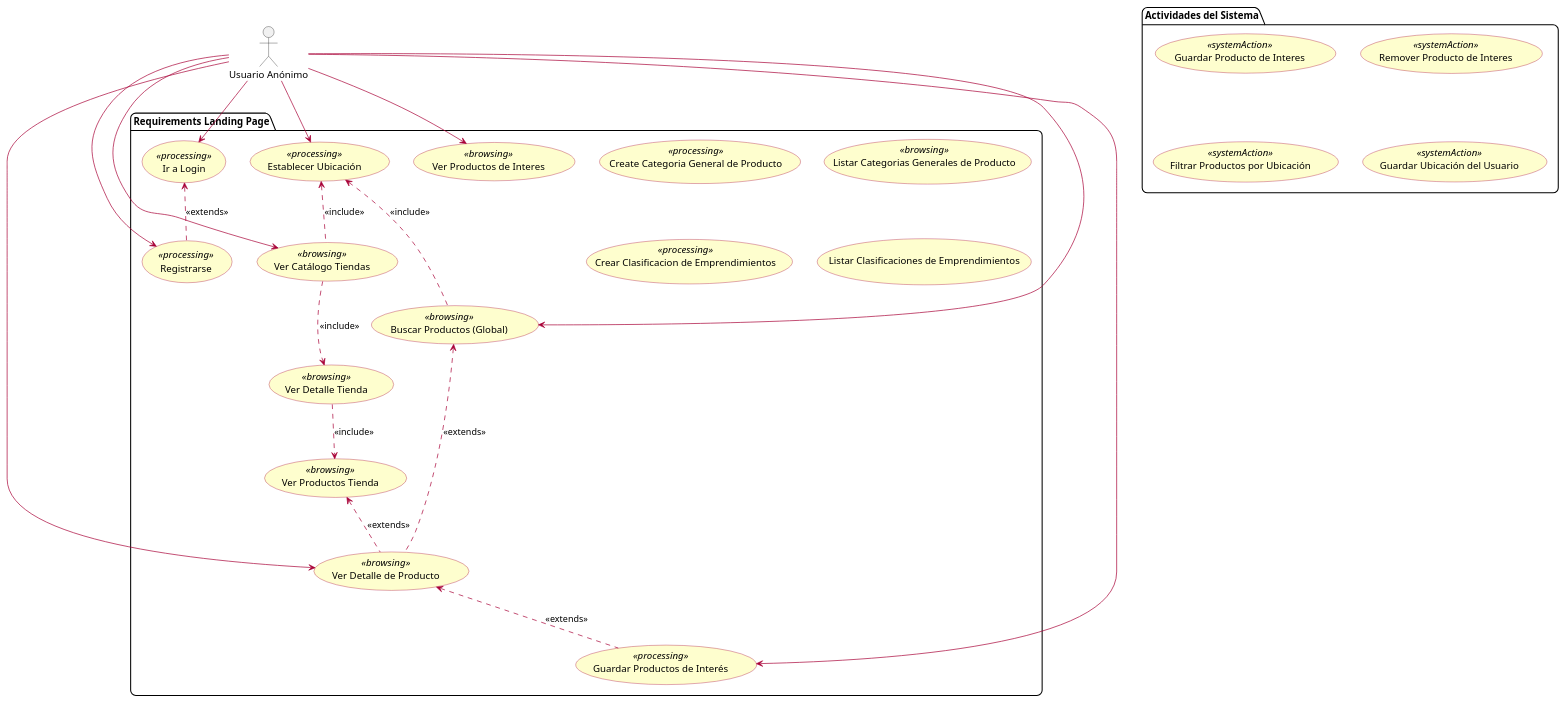
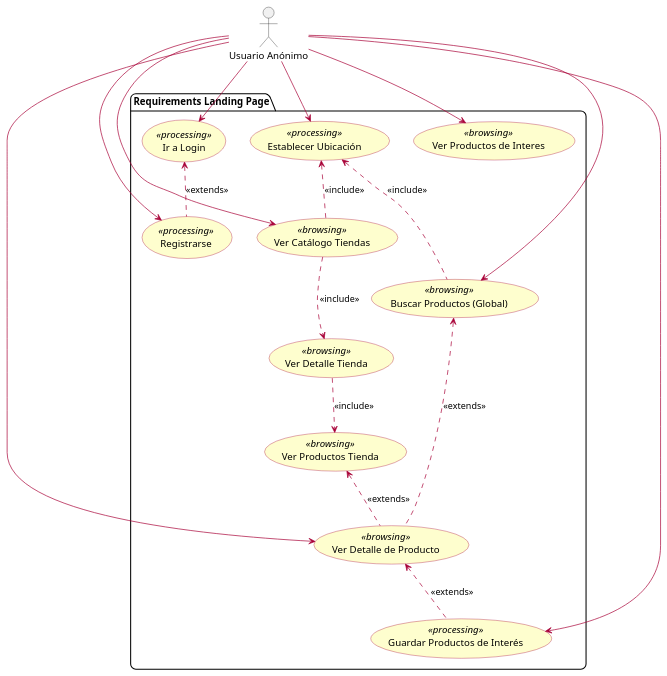
Before and after one commit to AtomicDevelopers/UWE-Tienda-Colectiva: the diagram in Requirements Model/UseCases/guest_user_usecases.puml, drawn with PlantUML. The commit also changed 1 other file, not shown here.

Commit message:
Feat: crear carpeta de actividades y mejora de casos de uso de invitado

```diff
--- a/Requirements Model/UseCases/guest_user_usecases.puml
+++ b/Requirements Model/UseCases/guest_user_usecases.puml
@@ -1,64 +1,53 @@
 @startuml
 allow_mixing
 
 skinparam shadow false
 
 skinparam roundCorner 15
 skinparam class {
   BackgroundColor #FEFECE
   BorderColor #A80036
   ArrowColor #A80036
 }
 skinparam usecase {
   BackgroundColor #FEFECE
   BorderColor #A80036
   ArrowColor #A80036
 }
 
 actor "Usuario Anónimo" as AnonUser
 package "Requirements Landing Page" {
 
   usecase "Establecer Ubicación" as SetLocation <<processing>>
   usecase "Ver Catálogo Tiendas" as ViewCatalog <<browsing>>
   usecase "Ver Detalle Tienda" as ViewShop <<browsing>>
   usecase "Ver Productos Tienda" as ViewShopProducts <<browsing>>
   usecase "Buscar Productos (Global)" as SearchGlobal <<browsing>>
   usecase "Ver Detalle de Producto" as ViewProductDetail <<browsing>>
   usecase "Guardar Productos de Interés" as SaveFavoriteProducts <<processing>>
   usecase "Ver Productos de Interes" as ViewFavoriteProducts <<browsing>>
-  usecase "Create Categoria General de Producto" as CreateGeneralCategory <<processing>>
-  usecase "Listar Categorias Generales de Producto" as ListGeneralCategories <<browsing>>
-  usecase "Crear Clasificacion de Emprendimientos" as CreateEntrepreneurClassification <<processing>>
-  usecase "Listar Clasificaciones de Emprendimientos" as ListEntrepreneurClass
 
   usecase "Ir a Login" as GoLogin <<processing>>
   usecase "Registrarse" as register <<processing>>
-}
-
-package "Actividades del Sistema" {
-    usecase "Guardar Producto de Interes" as Sys_SaveFavoriteProducts <<systemAction>>
-    usecase "Remover Producto de Interes" as Sys_RemoveFavoriteProducts <<systemAction>>
-    usecase "Filtrar Productos por Ubicación" as Sys_FilterProductsByLocation <<systemAction>>
-    usecase "Guardar Ubicación del Usuario" as Sys_SaveUserLocation <<systemAction>>
 }
 
 AnonUser --> SetLocation
 AnonUser --> ViewCatalog
 AnonUser --> SearchGlobal
 AnonUser --> GoLogin
 AnonUser --> register
 AnonUser --> ViewProductDetail
 AnonUser --> SaveFavoriteProducts
 AnonUser --> ViewFavoriteProducts
 
 'TODO: Discuss with others
 SetLocation <.. ViewCatalog : <<include>>
 SetLocation <.. SearchGlobal : <<include>>
 
 ViewProductDetail <.. SaveFavoriteProducts : <<extends>>
 GoLogin <.. register : <<extends>>
 ViewShopProducts <.. ViewProductDetail : <<extends>>
 SearchGlobal <.. ViewProductDetail : <<extends>>
 ViewCatalog ..> ViewShop : <<include>>
 ViewShop ..> ViewShopProducts : <<include>>
 @enduml
```
